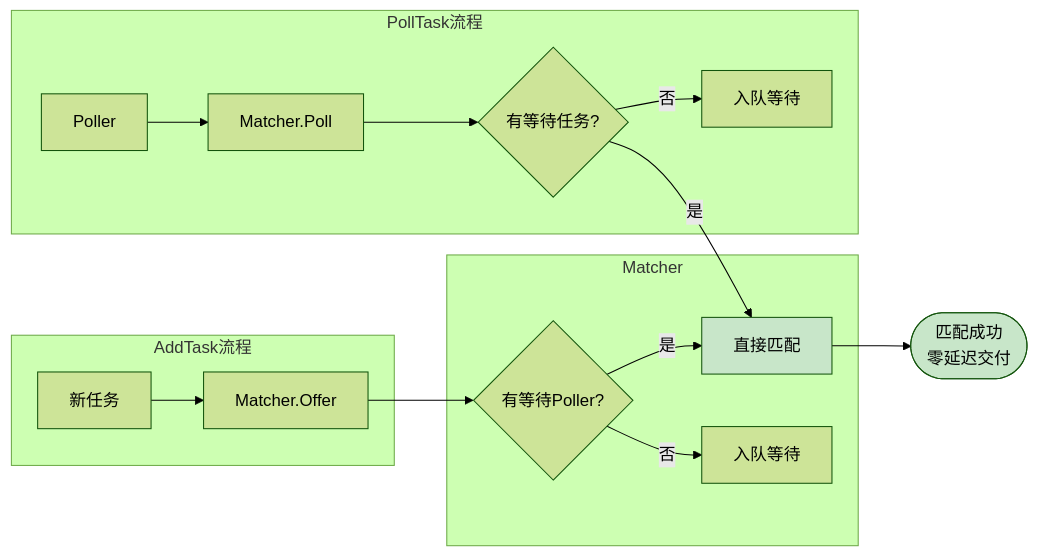
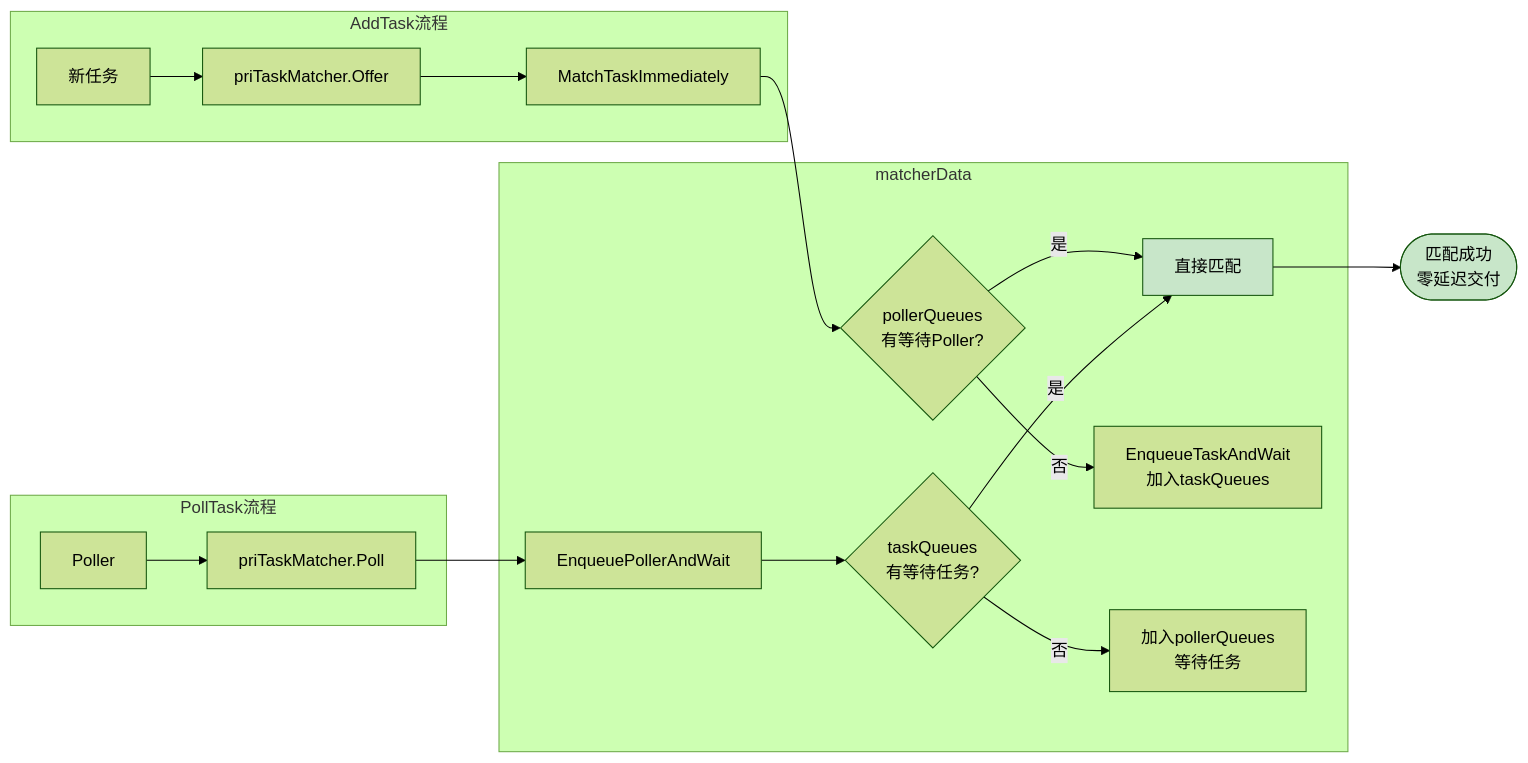
Before and after one commit to Nickqiaoo/temporal: the fifth of 5 diagrams in service/matching/matching_service_uml.md, drawn with Mermaid (forest theme). The commit also changed other lines of this file, not shown here.

First line of the commit message:
Update flowcharts to use priTaskMatcher logic

````diff
--- a/service/matching/matching_service_uml.md
+++ b/service/matching/matching_service_uml.md
@@ -386,24 +419,27 @@
 ```mermaid
 flowchart LR
     subgraph AddTask流程
-        Task[新任务] --> Offer[Matcher.Offer]
+        Task[新任务] --> Offer[priTaskMatcher.Offer]
+        Offer --> MatchImm[MatchTaskImmediately]
     end
 
-    subgraph Matcher
-        Offer --> Check{有等待Poller?}
-        Check --> |是| Match[直接匹配]
-        Check --> |否| Queue[入队等待]
+    subgraph matcherData
+        MatchImm --> CheckPoller{pollerQueues<br/>有等待Poller?}
+        CheckPoller --> |是| Match[直接匹配]
+        CheckPoller --> |否| EnqueueTask[EnqueueTaskAndWait<br/>加入taskQueues]
+
+        EnqueuePoll --> CheckTask{taskQueues<br/>有等待任务?}
+        CheckTask --> |是| Match
+        CheckTask --> |否| WaitPoller[加入pollerQueues<br/>等待任务]
     end
 
     subgraph PollTask流程
-        Poller[Poller] --> Poll[Matcher.Poll]
-        Poll --> Check2{有等待任务?}
-        Check2 --> |是| Match
-        Check2 --> |否| Wait[入队等待]
+        Poller[Poller] --> Poll[priTaskMatcher.Poll]
+        Poll --> EnqueuePoll[EnqueuePollerAndWait]
     end
 
     Match --> Success([匹配成功<br/>零延迟交付])
 
     style Match fill:#c8e6c9
     style Success fill:#c8e6c9
 ```
````
